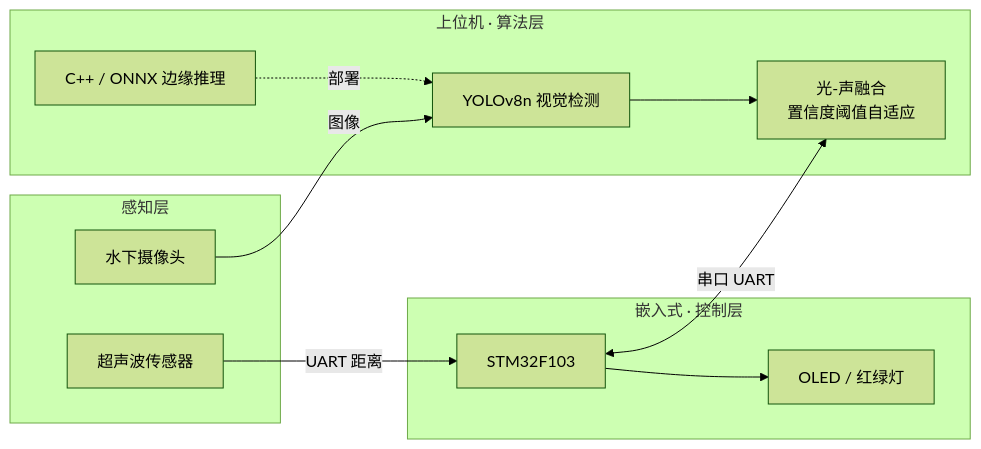
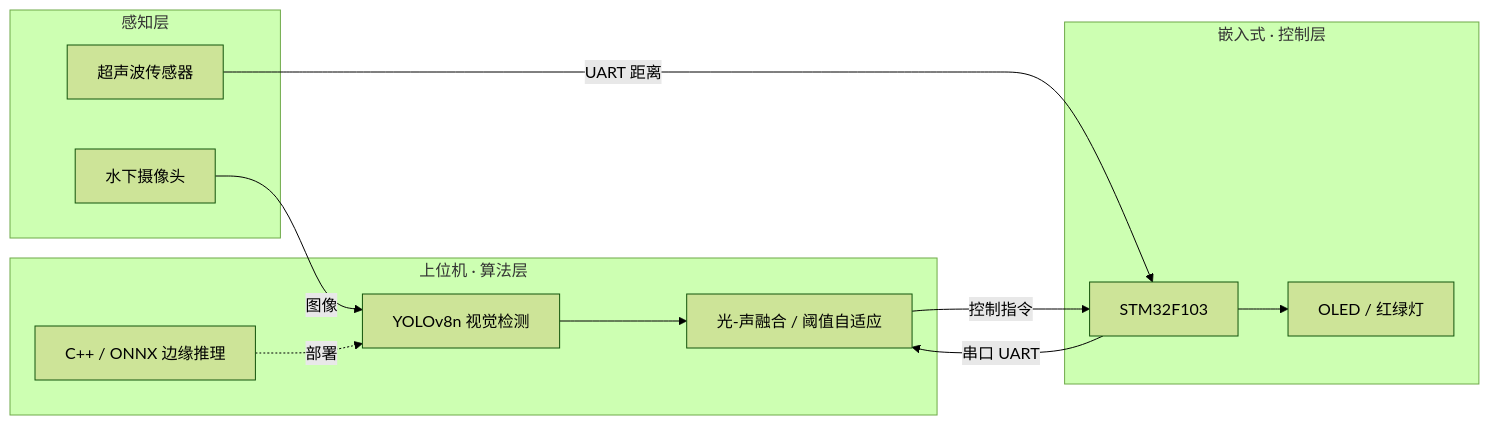
The diagram in README.md (Zinnia-zym/Ocean_Eye), drawn with Mermaid (forest theme) before and after one commit. The commit also changed 1 other file, not shown here.

Commit message:
fix: 修复 Mermaid 渲染报错；HAL 库标记为 vendored 以修正语言统计

````diff
--- a/README.md
+++ b/README.md
@@ -20,25 +20,26 @@
 ```mermaid
 flowchart LR
     subgraph sensing[感知层]
         CAM[水下摄像头]
         SONAR[超声波传感器]
     end
 
     subgraph host[上位机 · 算法层]
         DET[YOLOv8n 视觉检测]
-        FUSE[光-声融合<br/>置信度阈值自适应]
+        FUSE[光-声融合 / 阈值自适应]
         INFER[C++ / ONNX 边缘推理]
     end
 
     subgraph embed[嵌入式 · 控制层]
         MCU[STM32F103]
         DISP[OLED / 红绿灯]
     end
 
     CAM -->|图像| DET
     DET --> FUSE
     INFER -.->|部署| DET
     SONAR -->|UART 距离| MCU
-    MCU <-->|串口 UART| FUSE
+    MCU -->|串口 UART| FUSE
+    FUSE -->|控制指令| MCU
     MCU --> DISP
 ```
````
